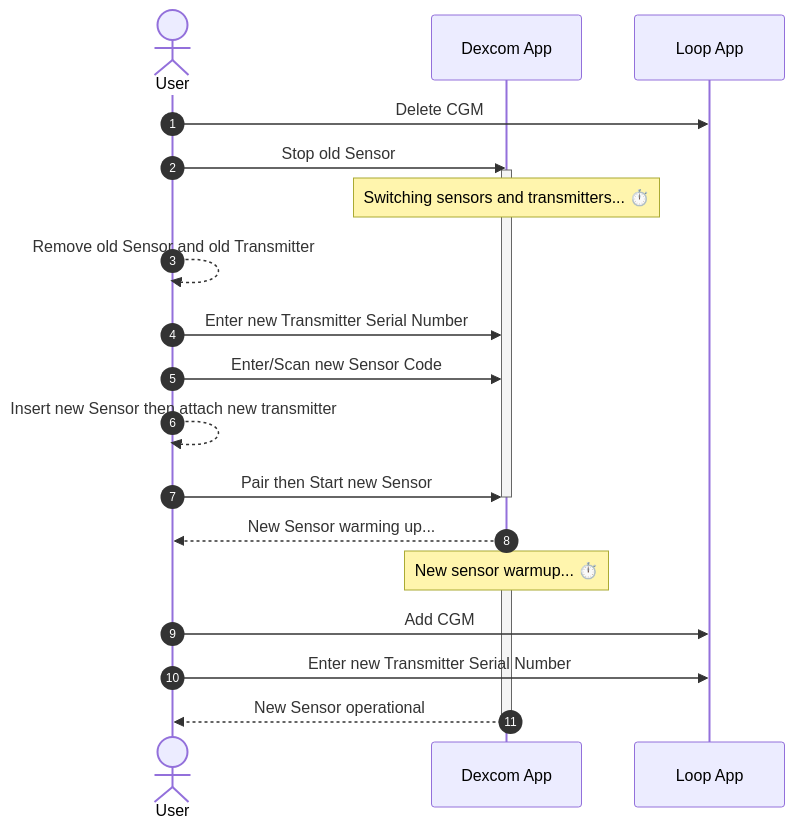
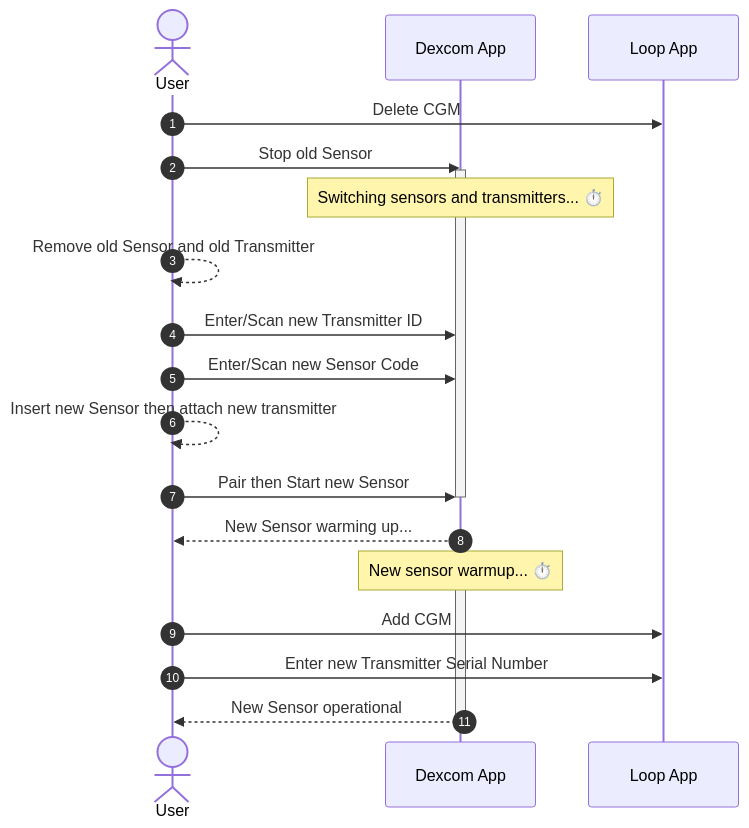
One commit to LoopKit/loopdocs changed the diagram in docs/faqs/cgm-faqs.md. Above: the diagram before and after it, drawn with Mermaid. The commit also changed other lines of this file, not shown here.

Commit message:
Tweak some wording to go with Dexcom mermaid diagram

````diff
--- a/docs/faqs/cgm-faqs.md
+++ b/docs/faqs/cgm-faqs.md
@@ -48,25 +52,25 @@
 ```mermaid
 sequenceDiagram
     actor       user     as User
     participant dexcom   as Dexcom App
     participant loop_app as Loop App
 
     autonumber
     user     ->>  loop_app: Delete CGM
     user     ->>  dexcom:   Stop old Sensor
     activate      dexcom
     Note over     dexcom:   Switching sensors and transmitters... ⏱️
     user     -->> user:     Remove old Sensor and old Transmitter
-    user     ->>  dexcom:   Enter new Transmitter Serial Number
+    user     ->>  dexcom:   Enter/Scan new Transmitter ID
     user     ->>  dexcom:   Enter/Scan new Sensor Code
     user     -->> user:     Insert new Sensor then attach new transmitter
     user     ->>  dexcom:   Pair then Start new Sensor
     deactivate    dexcom
     dexcom   -->> user:     New Sensor warming up... 
     activate      dexcom
     Note over     dexcom:   New sensor warmup... ⏱️
     user     ->>  loop_app: Add CGM
     user     ->>  loop_app: Enter new Transmitter Serial Number
     dexcom   -->> user:     New Sensor operational
     deactivate dexcom
 ```
````
